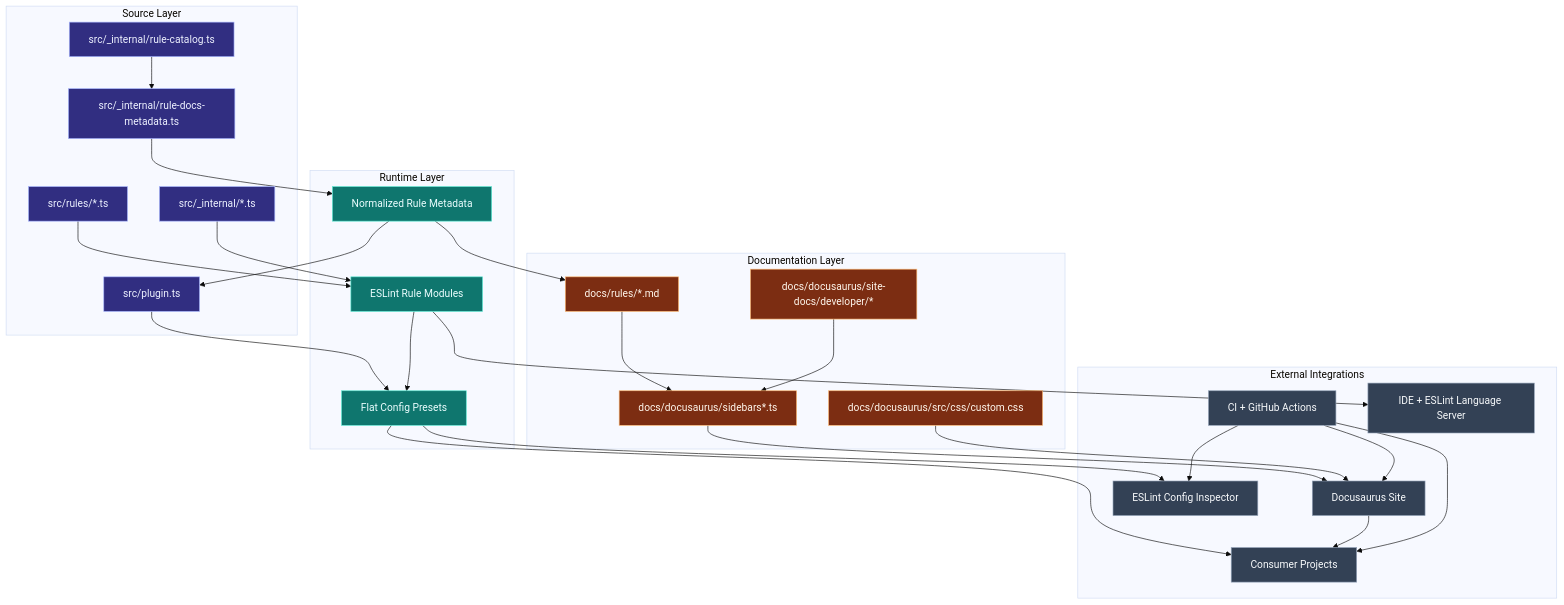
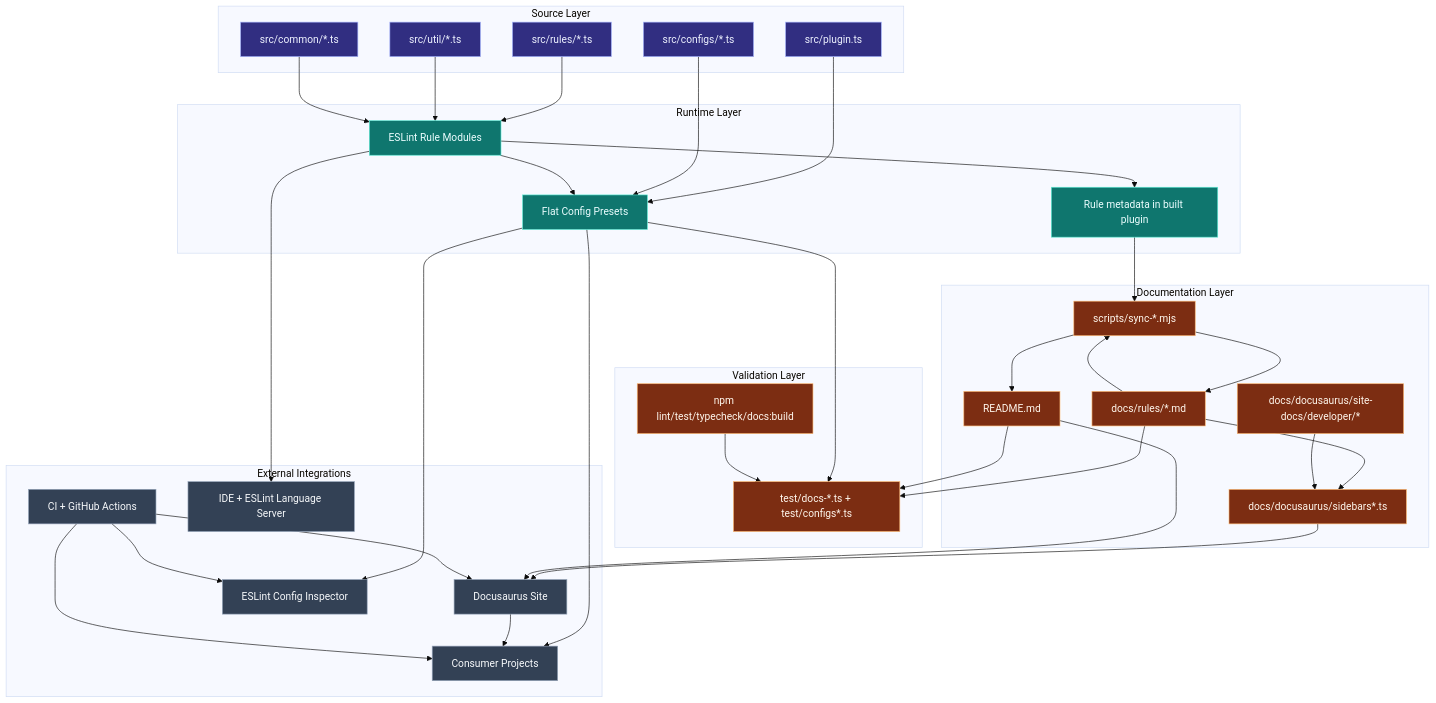
Before and after one commit to Nick2bad4u/eslint-plugin-immutable-2: the diagram in docs/docusaurus/site-docs/developer/charts/system-architecture-overview.md, drawn with Mermaid (base theme). The commit also changed other lines of this file and 24 other files, not shown here.

````diff
--- a/docs/docusaurus/site-docs/developer/charts/system-architecture-overview.md
+++ b/docs/docusaurus/site-docs/developer/charts/system-architecture-overview.md
@@ -11,63 +11,77 @@
 ```mermaid
 flowchart TB
     classDef source fill:#312e81,stroke:#a5b4fc,color:#eef2ff,stroke-width:1px
     classDef runtime fill:#0f766e,stroke:#5eead4,color:#ecfeff,stroke-width:1px
     classDef docs fill:#7c2d12,stroke:#fdba74,color:#fff7ed,stroke-width:1px
     classDef ext fill:#334155,stroke:#94a3b8,color:#f8fafc,stroke-width:1px
 
     subgraph S[Source Layer]
       R[src/rules/*.ts]
-      I[src/_internal/*.ts]
+      U[src/util/*.ts]
+      CM[src/common/*.ts]
+      CFG[src/configs/*.ts]
       P[src/plugin.ts]
-      C[src/_internal/rule-catalog.ts]
-      M[src/_internal/rule-docs-metadata.ts]
     end
 
     subgraph RT[Runtime Layer]
       ER[ESLint Rule Modules]
       PC[Flat Config Presets]
-      MD[Normalized Rule Metadata]
+      META[Rule metadata in built plugin]
     end
 
     subgraph D[Documentation Layer]
       RD[docs/rules/*.md]
       DD[docs/docusaurus/site-docs/developer/*]
+      SYNC[scripts/sync-*.mjs]
       SB[docs/docusaurus/sidebars*.ts]
-      CSS[docs/docusaurus/src/css/custom.css]
+      RM[README.md]
+    end
+
+    subgraph V[Validation Layer]
+      TESTS[test/docs-*.ts + test/configs*.ts]
+      TASKS[npm lint/test/typecheck/docs:build]
     end
 
     subgraph E[External Integrations]
       CONS[Consumer Projects]
       CI[CI + GitHub Actions]
       SITE[Docusaurus Site]
       IDE[IDE + ESLint Language Server]
       INSP[ESLint Config Inspector]
     end
 
     R --> ER
-    I --> ER
-    C --> M
-    M --> MD
+    U --> ER
+    CM --> ER
     P --> PC
+    CFG --> PC
     ER --> PC
-    MD --> P
+    ER --> META
 
+    RD --> SYNC
+    META --> SYNC
+    SYNC --> RD
+    SYNC --> RM
     RD --> SB
     DD --> SB
     SB --> SITE
-    CSS --> SITE
-    MD --> RD
+    RM --> SITE
 
     PC --> CONS
     ER --> IDE
     SITE --> CONS
     PC --> INSP
+    RD --> TESTS
+    RM --> TESTS
+    PC --> TESTS
+    TASKS --> TESTS
     CI --> SITE
     CI --> INSP
     CI --> CONS
 
-    class R,I,P,C,M source
-    class ER,PC,MD runtime
-    class RD,DD,SB,CSS docs
+    class R,U,CM,CFG,P source
+    class ER,PC,META runtime
+    class RD,DD,SYNC,SB,RM docs
+    class TESTS,TASKS docs
     class CONS,CI,SITE,IDE,INSP ext
 ```
````
